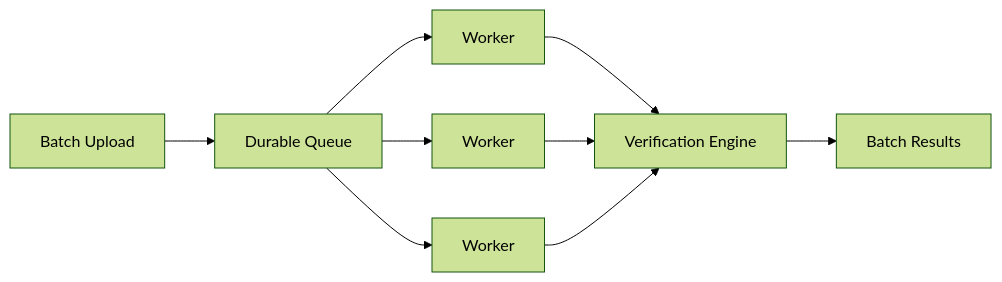
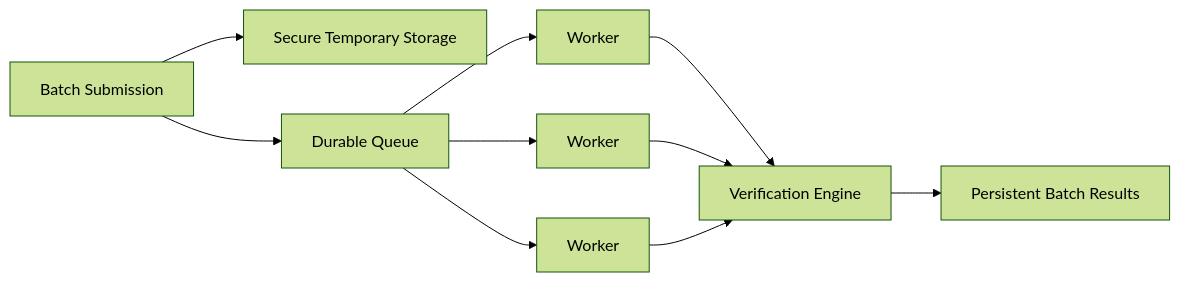
One commit to rawamba/ttb-ai-label-verification changed the seventh of 7 diagrams in docs/architecture.md. Above: the diagram before and after it, drawn with Mermaid (forest theme). The commit also changed other lines of this file and 26 other files, not shown here.

````diff
--- a/docs/architecture.md
+++ b/docs/architecture.md
@@ -883,21 +1504,24 @@
 ```mermaid
 flowchart LR
-    Batch["Batch Upload"]
+    Batch["Batch Submission"]
+    Storage["Secure Temporary Storage"]
     Queue["Durable Queue"]
     W1["Worker"]
     W2["Worker"]
     WN["Worker"]
     Verify["Verification Engine"]
-    Results["Batch Results"]
+    Results["Persistent Batch Results"]
 
+    Batch --> Storage
     Batch --> Queue
+
     Queue --> W1
     Queue --> W2
     Queue --> WN
 
     W1 --> Verify
     W2 --> Verify
     WN --> Verify
 
     Verify --> Results
 ```
````
